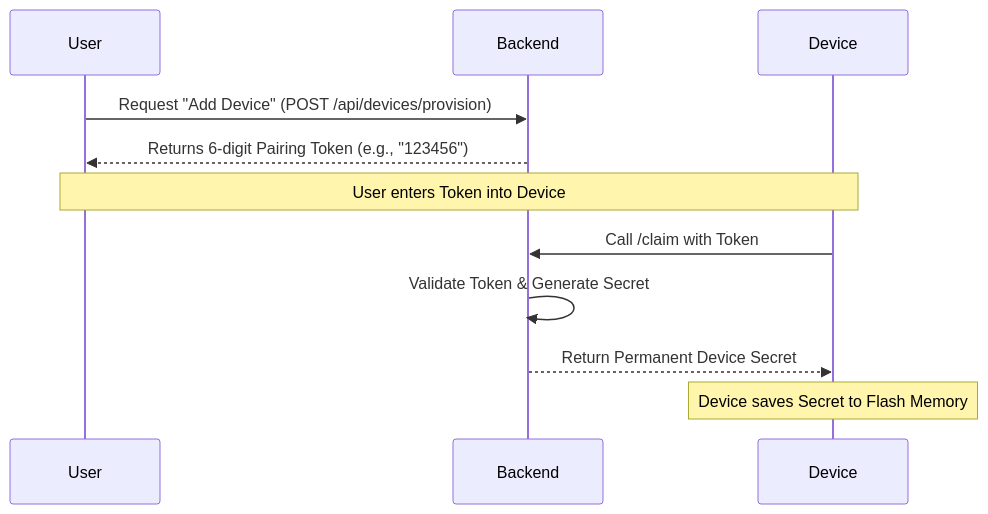
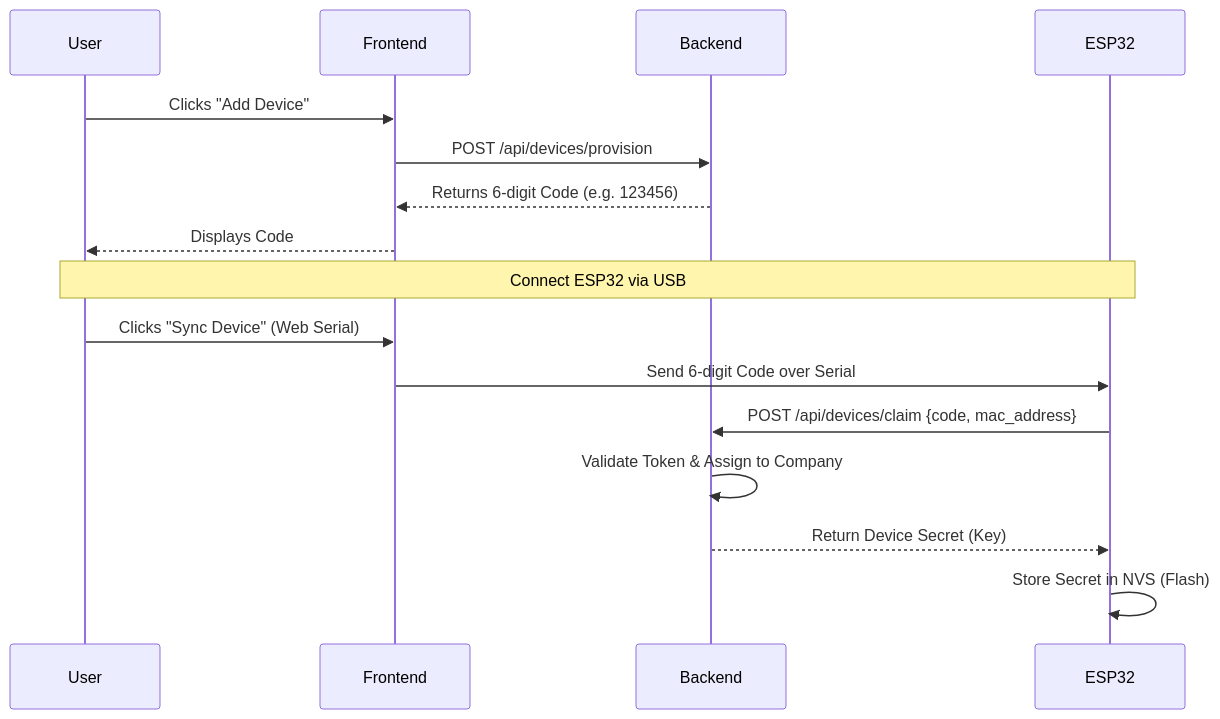
Before and after one commit to yashamane003/HydroGrid: the second of 8 diagrams in PROJECT_DOCS.md, drawn with Mermaid. The commit also changed other lines of this file and 25 other files, not shown here.

Commit message:
added the connection code to the esp

````diff
--- a/PROJECT_DOCS.md
+++ b/PROJECT_DOCS.md
@@ -43,17 +43,19 @@
 ```mermaid
 sequenceDiagram
     participant User
+    participant Frontend
     participant Backend
-    participant Device
+    participant ESP32
 
-    User->>Backend: Request "Add Device" (POST /api/devices/provision)
-    Backend-->>User: Returns 6-digit Pairing Token (e.g., "123456")
-
-    Note over User, Device: User enters Token into Device
-
-    Device->>Backend: Call /claim with Token
-    Backend->>Backend: Validate Token & Generate Secret
-    Backend-->>Device: Return Permanent Device Secret
-
-    Note over Device: Device saves Secret to Flash Memory
+    User->>Frontend: Clicks "Add Device"
+    Frontend->>Backend: POST /api/devices/provision
+    Backend-->>Frontend: Returns 6-digit Code (e.g. 123456)
+    Frontend-->>User: Displays Code
+    Note over User, ESP32: Connect ESP32 via USB
+    User->>Frontend: Clicks "Sync Device" (Web Serial)
+    Frontend->>ESP32: Send 6-digit Code over Serial
+    ESP32->>Backend: POST /api/devices/claim {code, mac_address}
+    Backend->>Backend: Validate Token & Assign to Company
+    Backend-->>ESP32: Return Device Secret (Key)
+    ESP32->>ESP32: Store Secret in NVS (Flash)
 ```
````
